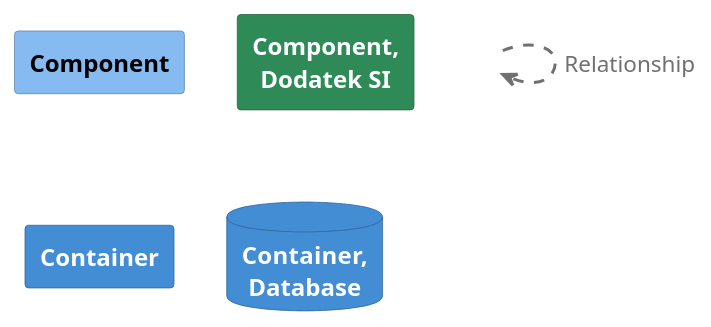
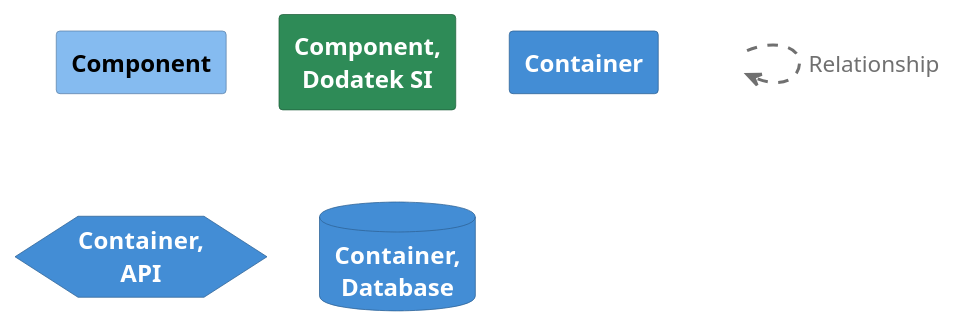
The diagram in architecture/diagrams/structurizr-D3-Iskanje-po-identifikatorjih-key.puml (UM-KGPI/eFTI-Gate-SI), drawn with PlantUML before and after one commit. The commit also changed 46 other files, not shown here.

```diff
--- a/architecture/diagrams/structurizr-D3-Iskanje-po-identifikatorjih-key.puml
+++ b/architecture/diagrams/structurizr-D3-Iskanje-po-identifikatorjih-key.puml
@@ -1,51 +1,58 @@
 @startuml
 set separator none
 
 skinparam {
   shadowing false
   arrowFontSize 15
   defaultTextAlignment center
   wrapWidth 100
   maxMessageSize 100
 }
 hide stereotype
 
 skinparam rectangle<<_transparent>> {
   BorderColor transparent
   BackgroundColor transparent
   FontColor transparent
 }
 
 skinparam rectangle<<1>> {
   BackgroundColor #85bbf0
   FontColor #000000
   BorderColor #5d82a8
 }
 rectangle "==Component" <<1>>
 
 skinparam rectangle<<2>> {
   BackgroundColor #2e8b57
   FontColor #ffffff
   BorderColor #20613c
 }
 rectangle "==Component, Dodatek SI" <<2>>
 
 skinparam rectangle<<3>> {
   BackgroundColor #438dd5
   FontColor #ffffff
   BorderColor #2e6295
 }
 rectangle "==Container" <<3>>
 
-skinparam database<<4>> {
+skinparam hexagon<<4>> {
   BackgroundColor #438dd5
   FontColor #ffffff
   BorderColor #2e6295
 }
-database "==Container, Database" <<4>>
+hexagon "==Container, API" <<4>>
 
-rectangle "." <<_transparent>> as 5
-5 .[#707070,thickness=2].> 5 : "<color:#707070>Relationship"
+skinparam database<<5>> {
+  BackgroundColor #438dd5
+  FontColor #ffffff
+  BorderColor #2e6295
+}
+database "==Container, Database" <<5>>
+
+rectangle "." <<_transparent>> as 6
+6 .[#707070,thickness=2].> 6 : "<color:#707070>Relationship"
 
 
 @enduml
```
